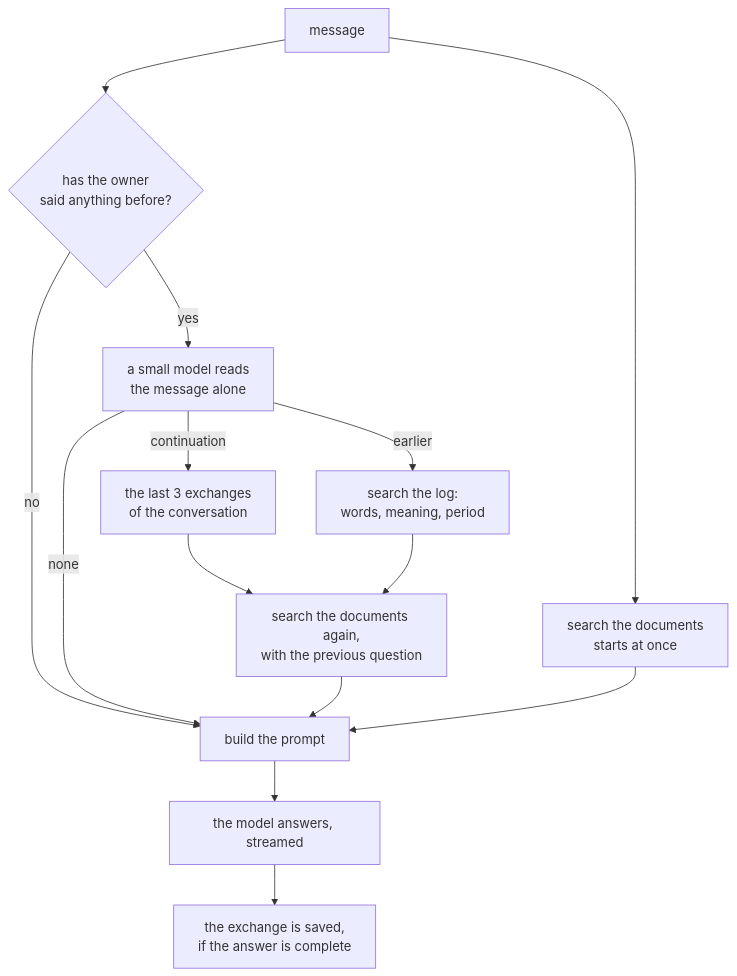
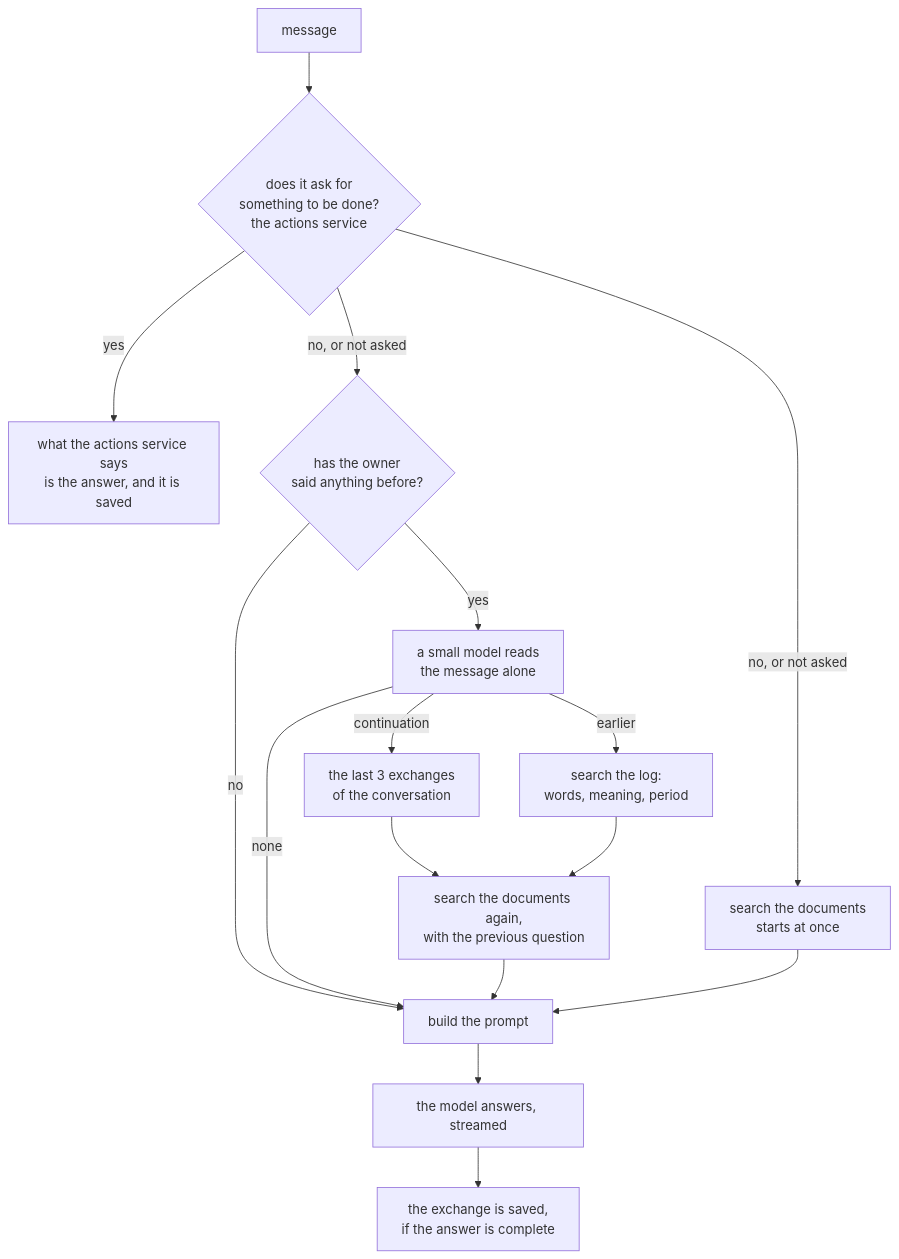
One commit to nicolapucci/factotum changed the diagram in docs/conversation.md. Above: the diagram before and after it, drawn with Mermaid. The commit also changed other lines of this file and 8 other files, not shown here.

First line of the commit message:
Document the actions service

````diff
--- a/docs/conversation.md
+++ b/docs/conversation.md
@@ -20,16 +21,18 @@
 ```mermaid
 flowchart TD
-    msg[message] --> docs[search the documents<br/>starts at once]
-    msg --> said{has the owner<br/>said anything before?}
+    msg[message] --> act{does it ask for<br/>something to be done?<br/>the actions service}
+    act -- yes --> acted[what the actions service says<br/>is the answer, and it is saved]
+    act -- no, or not asked --> docs[search the documents<br/>starts at once]
+    act -- no, or not asked --> said{has the owner<br/>said anything before?}
     said -- no --> build
     said -- yes --> gate[a small model reads<br/>the message alone]
     gate -- none --> build
     gate -- continuation --> last[the last 3 exchanges<br/>of the conversation]
     gate -- earlier --> log[search the log:<br/>words, meaning, period]
     last --> again[search the documents again,<br/>with the previous question]
     log --> again
     again --> build[build the prompt]
     docs --> build
     build --> answer[the model answers, streamed]
     answer --> save[the exchange is saved,<br/>if the answer is complete]
 ```
````
